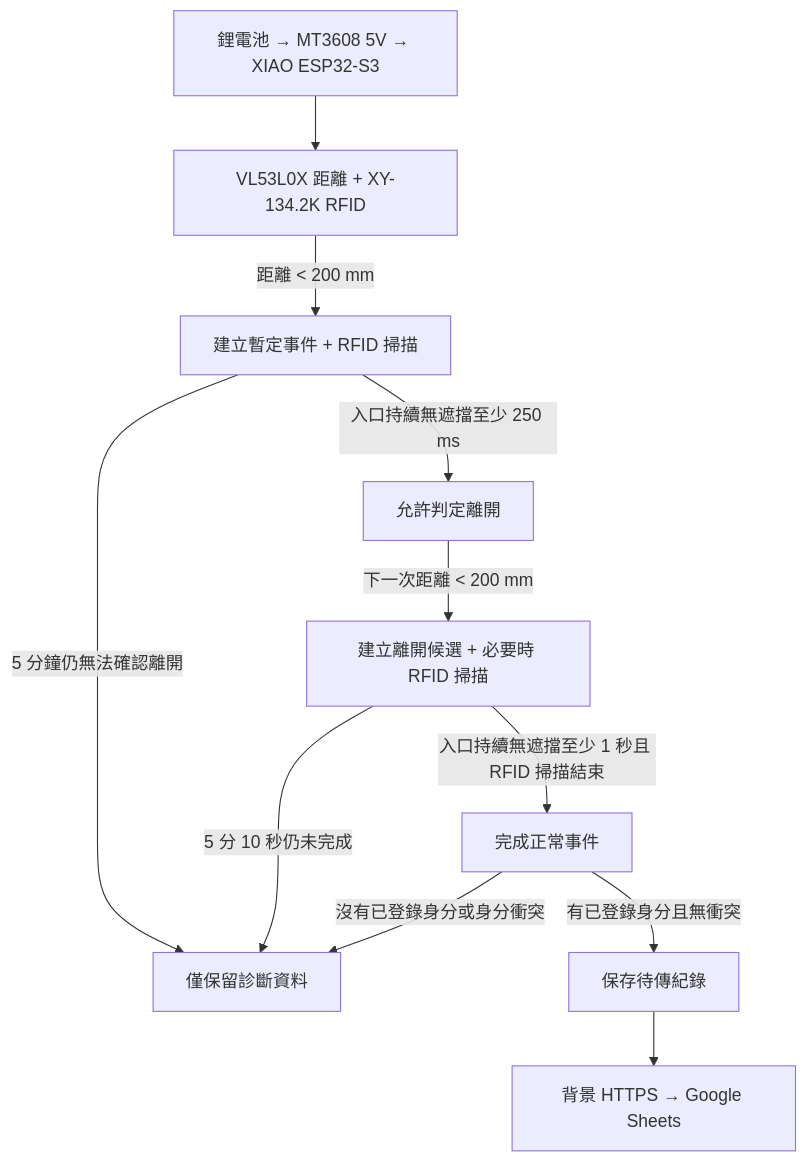
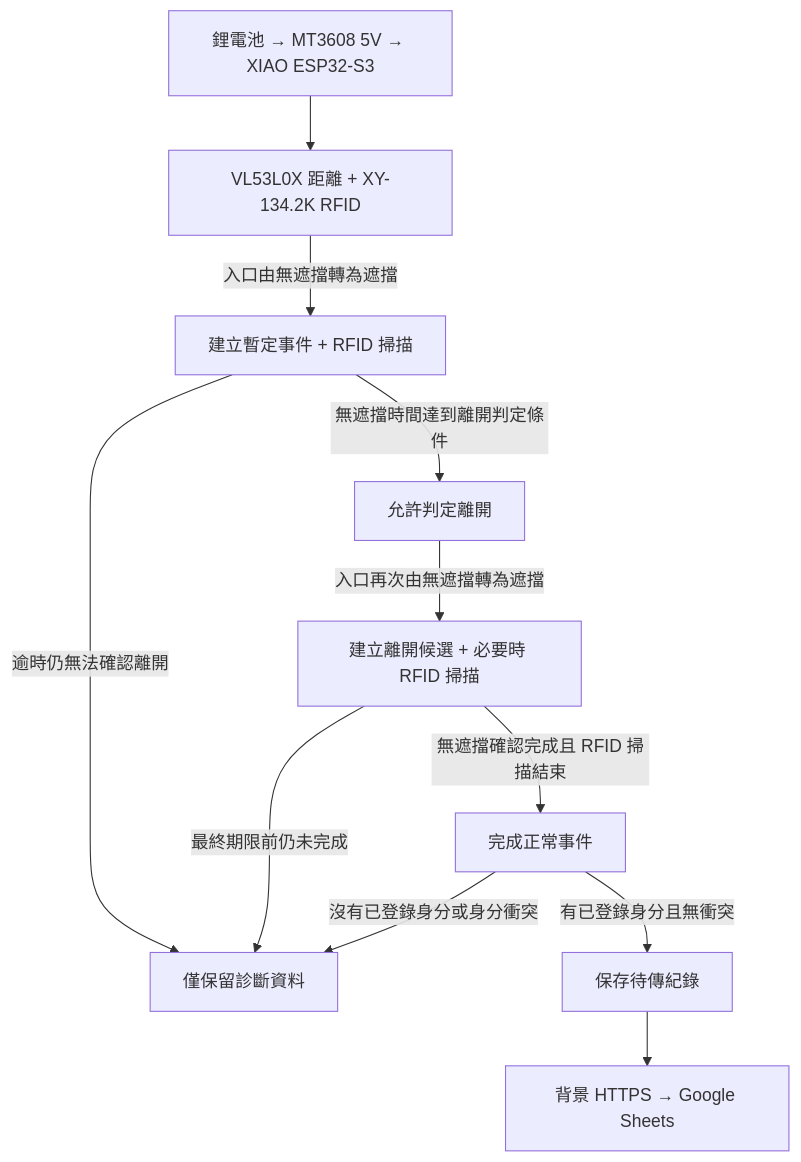
Before and after one commit to ziv50109/smart-litter-cabinet: the diagram in README.zh-TW.md, drawn with Mermaid. The commit also changed other lines of this file and 6 other files, not shown here.

````diff
--- a/README.zh-TW.md
+++ b/README.zh-TW.md
@@ -11,13 +11,13 @@
 ```mermaid
 flowchart TD
     Power[鋰電池 → MT3608 5V → XIAO ESP32-S3] --> Sensors[VL53L0X 距離 + XY-134.2K RFID]
-    Sensors -->|距離 < 200 mm| Entry[建立暫定事件 + RFID 掃描]
-    Entry -->|入口持續無遮擋至少 250 ms| Armed[允許判定離開]
-    Armed -->|下一次距離 < 200 mm| Exit[建立離開候選 + 必要時 RFID 掃描]
-    Exit -->|入口持續無遮擋至少 1 秒且 RFID 掃描結束| Resolve[完成正常事件]
-    Entry -->|5 分鐘仍無法確認離開| Diagnostic[僅保留診斷資料]
-    Exit -->|5 分 10 秒仍未完成| Diagnostic
+    Sensors -->|入口由無遮擋轉為遮擋| Entry[建立暫定事件 + RFID 掃描]
+    Entry -->|無遮擋時間達到離開判定條件| Armed[允許判定離開]
+    Armed -->|入口再次由無遮擋轉為遮擋| Exit[建立離開候選 + 必要時 RFID 掃描]
+    Exit -->|無遮擋確認完成且 RFID 掃描結束| Resolve[完成正常事件]
+    Entry -->|逾時仍無法確認離開| Diagnostic[僅保留診斷資料]
+    Exit -->|最終期限前仍未完成| Diagnostic
     Resolve -->|有已登錄身分且無衝突| Queue[保存待傳紀錄]
     Resolve -->|沒有已登錄身分或身分衝突| Diagnostic
     Queue --> Sheets[背景 HTTPS → Google Sheets]
 ```
````
